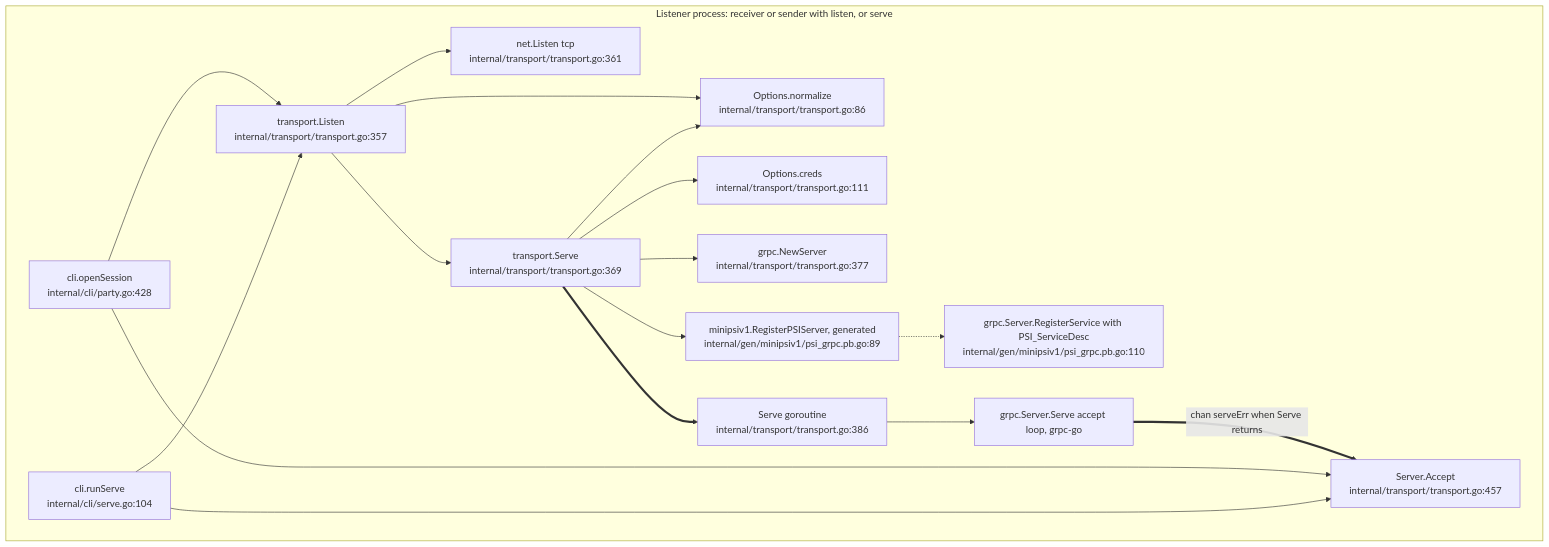
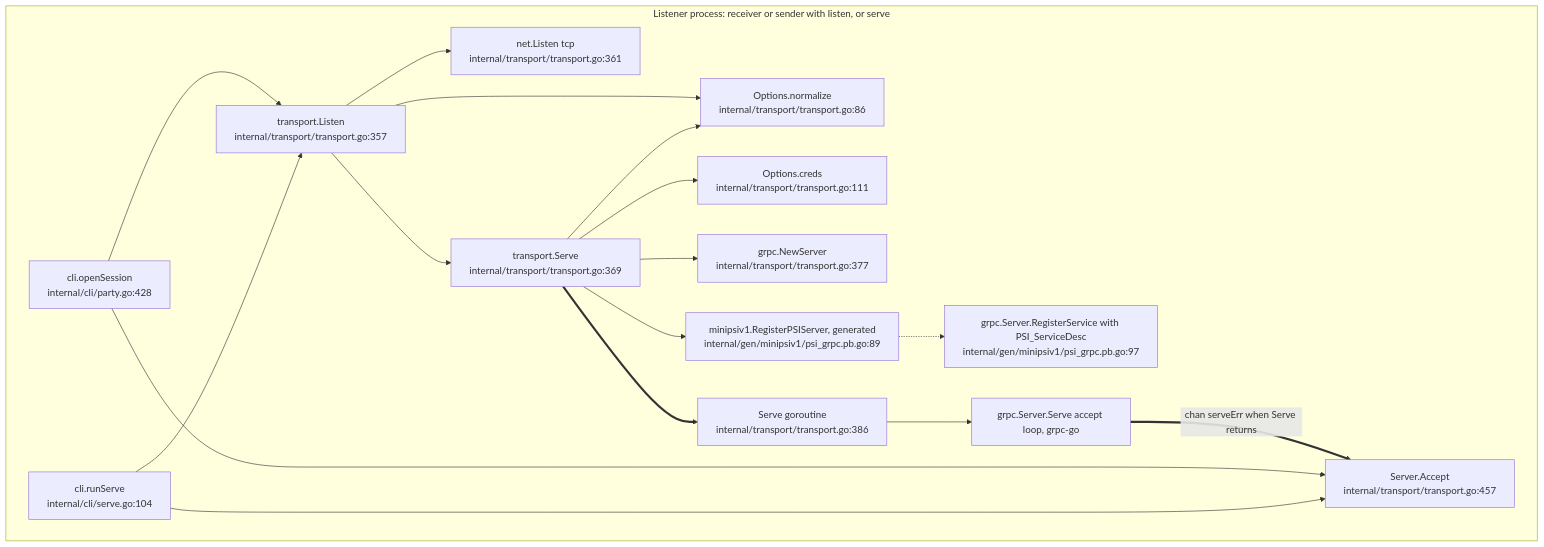
One commit to XSpring/minipsi-relay changed the ninth of 30 diagrams in docs/CALL_GRAPHS.md. Above: the diagram before and after it, drawn with Mermaid. The commit also changed other lines of this file and 3 other files, not shown here.

First line of the commit message:
docs(analysis): fix errors from the entry point and call graph review

````diff
--- a/docs/CALL_GRAPHS.md
+++ b/docs/CALL_GRAPHS.md
@@ -884,33 +896,33 @@
 ```mermaid
 flowchart TD
   subgraph LP ["Listener process: receiver or sender with listen, or serve"]
     OPS["cli.openSession<br/>internal/cli/party.go:428"]
     RSV["cli.runServe<br/>internal/cli/serve.go:104"]
     LIS["transport.Listen<br/>internal/transport/transport.go:357"]
     NRM["Options.normalize<br/>internal/transport/transport.go:86"]
     NLS["net.Listen tcp<br/>internal/transport/transport.go:361"]
     SRV["transport.Serve<br/>internal/transport/transport.go:369"]
     CRD["Options.creds<br/>internal/transport/transport.go:111"]
     NSV["grpc.NewServer<br/>internal/transport/transport.go:377"]
     REG["minipsiv1.RegisterPSIServer, generated<br/>internal/gen/minipsiv1/psi_grpc.pb.go:89"]
-    RGS["grpc.Server.RegisterService with PSI_ServiceDesc<br/>internal/gen/minipsiv1/psi_grpc.pb.go:110"]
+    RGS["grpc.Server.RegisterService with PSI_ServiceDesc<br/>internal/gen/minipsiv1/psi_grpc.pb.go:97"]
     SGR["Serve goroutine<br/>internal/transport/transport.go:386"]
     GSV["grpc.Server.Serve accept loop, grpc-go"]
     ACC["Server.Accept<br/>internal/transport/transport.go:457"]
   end
   OPS --> LIS
   RSV --> LIS
   LIS --> NRM
   LIS --> NLS
   LIS --> SRV
   SRV --> NRM
   SRV --> CRD
   SRV --> NSV
   SRV --> REG
   REG -.-> RGS
   SRV ==> SGR
   SGR --> GSV
   GSV ==>|"chan serveErr when Serve returns"| ACC
   OPS --> ACC
   RSV --> ACC
 ```
````
